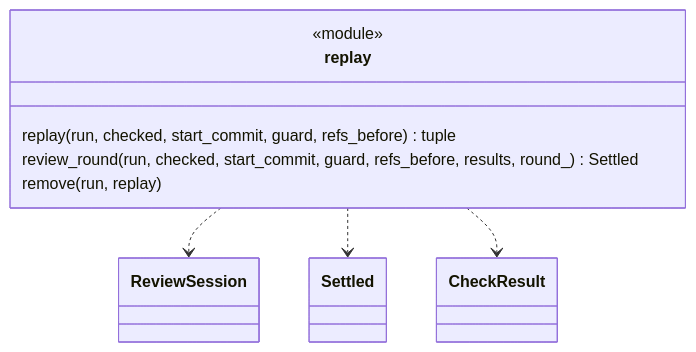
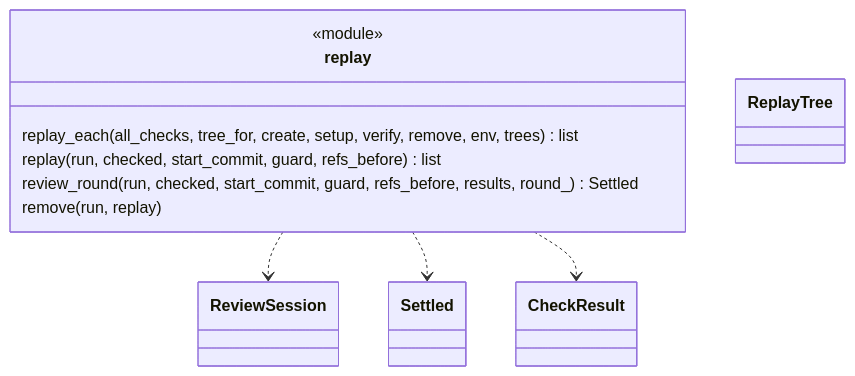
Before and after one commit to plaplanche/ariane: the second of 3 diagrams in docs/architecture/modules/replay.md, drawn with Mermaid. The commit also changed other lines of this file and 21 other files, not shown here.

Commit message:
#133: Replay each check in its own clean working tree, as an isolated CI job runs it (C9)

````diff
--- a/docs/architecture/modules/replay.md
+++ b/docs/architecture/modules/replay.md
@@ -39,15 +43,17 @@
 ```mermaid
 classDiagram
 class replay {
   <<module>>
-  replay(run, checked, start_commit, guard, refs_before) tuple
+  replay_each(all_checks, tree_for, create, setup, verify, remove, env, trees) list
+  replay(run, checked, start_commit, guard, refs_before) list
   review_round(run, checked, start_commit, guard, refs_before, results, round_) Settled
   remove(run, replay)
 }
+class ReplayTree
 class ReviewSession
 class Settled
 class CheckResult
 replay ..> ReviewSession
 replay ..> Settled
 replay ..> CheckResult
 ```
````
